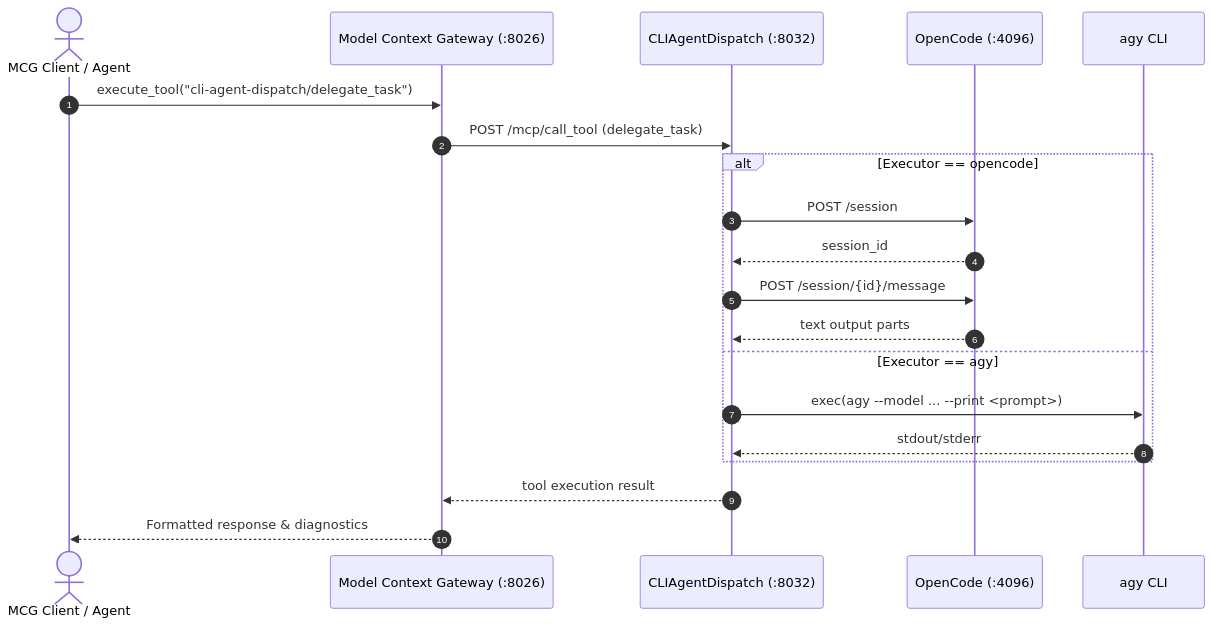
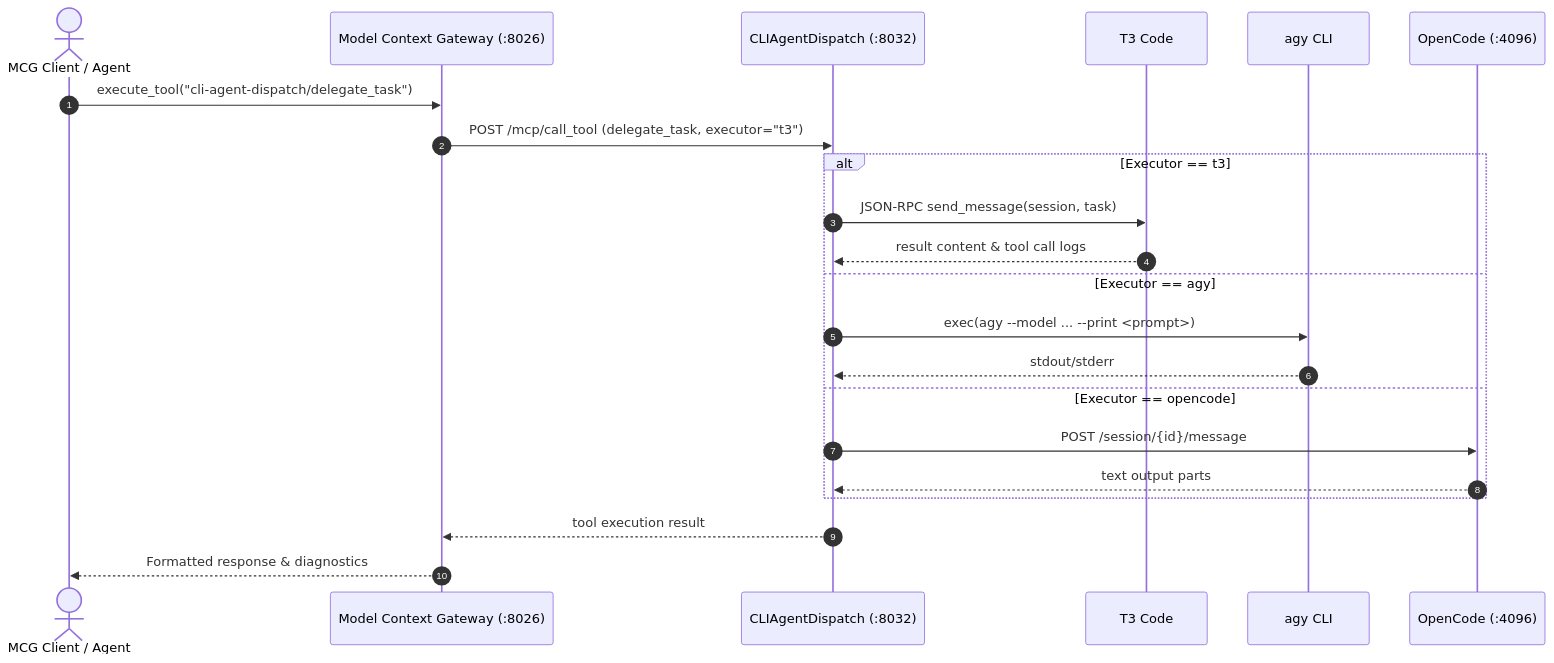
The fifth of 5 diagrams in ARCHITECTURE.md (spelech/CLIAgentDispatch), drawn with Mermaid before and after one commit. The commit also changed other lines of this file and 9 other files, not shown here.

````diff
--- a/ARCHITECTURE.md
+++ b/ARCHITECTURE.md
@@ -90,23 +158,25 @@
 ```mermaid
 sequenceDiagram
     autonumber
     actor Caller as MCG Client / Agent
     participant MCG as Model Context Gateway (:8026)
     participant CAD as CLIAgentDispatch (:8032)
+    participant T3 as T3 Code
+    participant AGY as agy CLI
     participant OC as OpenCode (:4096)
-    participant AGY as agy CLI
 
     Caller->>MCG: execute_tool("cli-agent-dispatch/delegate_task")
-    MCG->>CAD: POST /mcp/call_tool (delegate_task)
-    alt Executor == opencode
-        CAD->>OC: POST /session
-        OC-->>CAD: session_id
-        CAD->>OC: POST /session/{id}/message
-        OC-->>CAD: text output parts
+    MCG->>CAD: POST /mcp/call_tool (delegate_task, executor="t3")
+    alt Executor == t3
+        CAD->>T3: JSON-RPC send_message(session, task)
+        T3-->>CAD: result content & tool call logs
     else Executor == agy
         CAD->>AGY: exec(agy --model ... --print <prompt>)
         AGY-->>CAD: stdout/stderr
+    else Executor == opencode
+        CAD->>OC: POST /session/{id}/message
+        OC-->>CAD: text output parts
     end
     CAD-->>MCG: tool execution result
     MCG-->>Caller: Formatted response & diagnostics
 ```
````
